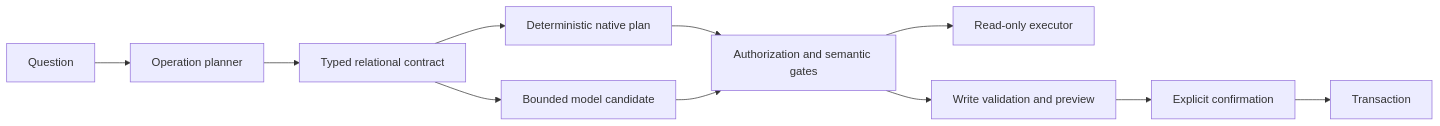
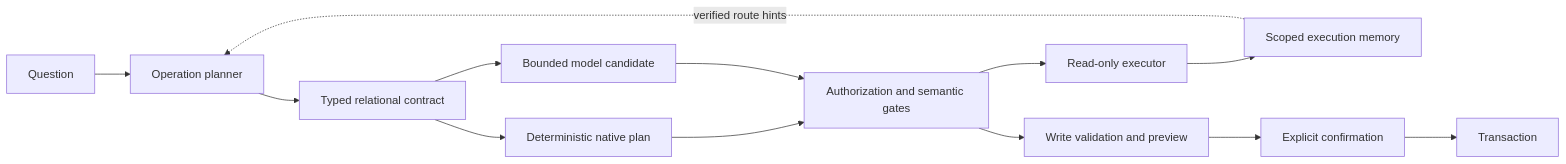
One commit to jamesdffgy-source/DB-Agent changed the diagram in README.md. Above: the diagram before and after it, drawn with Mermaid. The commit also changed other lines of this file and 15 other files, not shown here.

Commit message:
feat: add execution-grounded layered memory

````diff
--- a/README.md
+++ b/README.md
@@ -80,13 +80,15 @@
 ```mermaid
 flowchart LR
     Q[Question] --> P[Operation planner]
     P --> C[Typed relational contract]
     C --> N[Deterministic native plan]
     C --> M[Bounded model candidate]
     N --> G[Authorization and semantic gates]
     M --> G
     G --> R[Read-only executor]
+    R --> E[Scoped execution memory]
+    E -. verified route hints .-> P
     G --> W[Write validation and preview]
     W --> U[Explicit confirmation]
     U --> T[Transaction]
 ```
````
